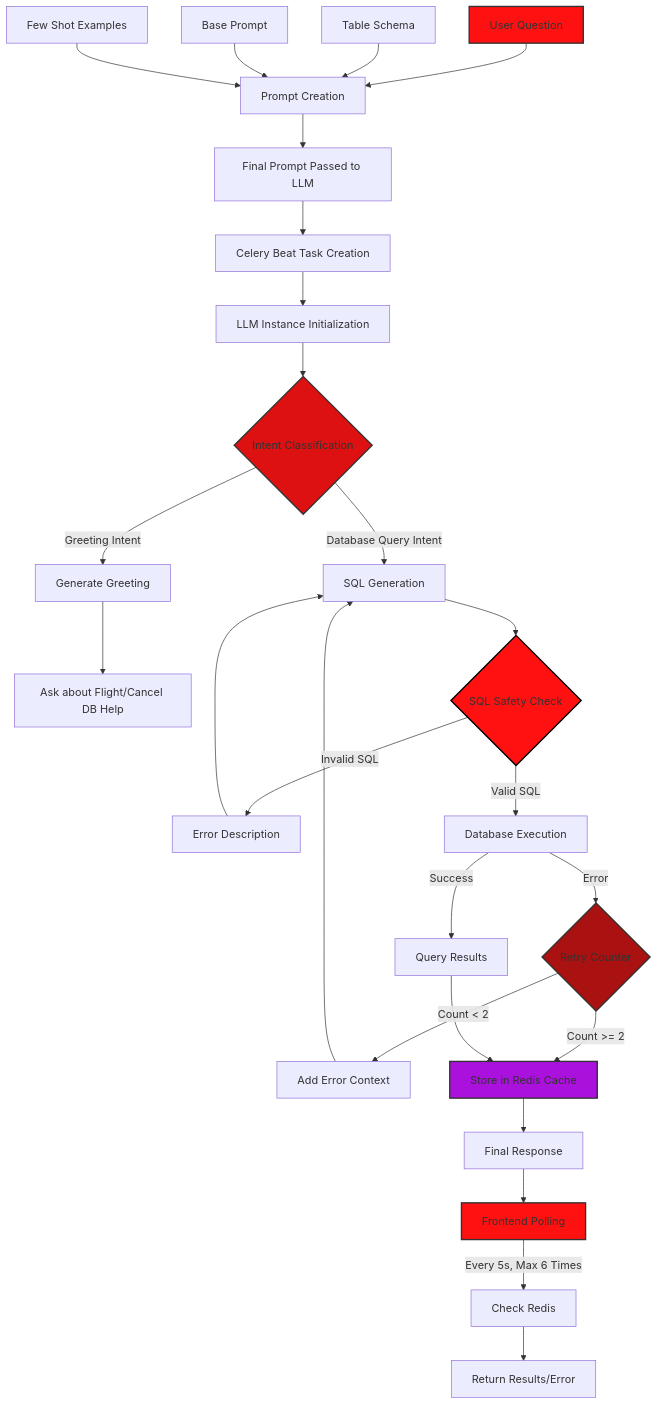
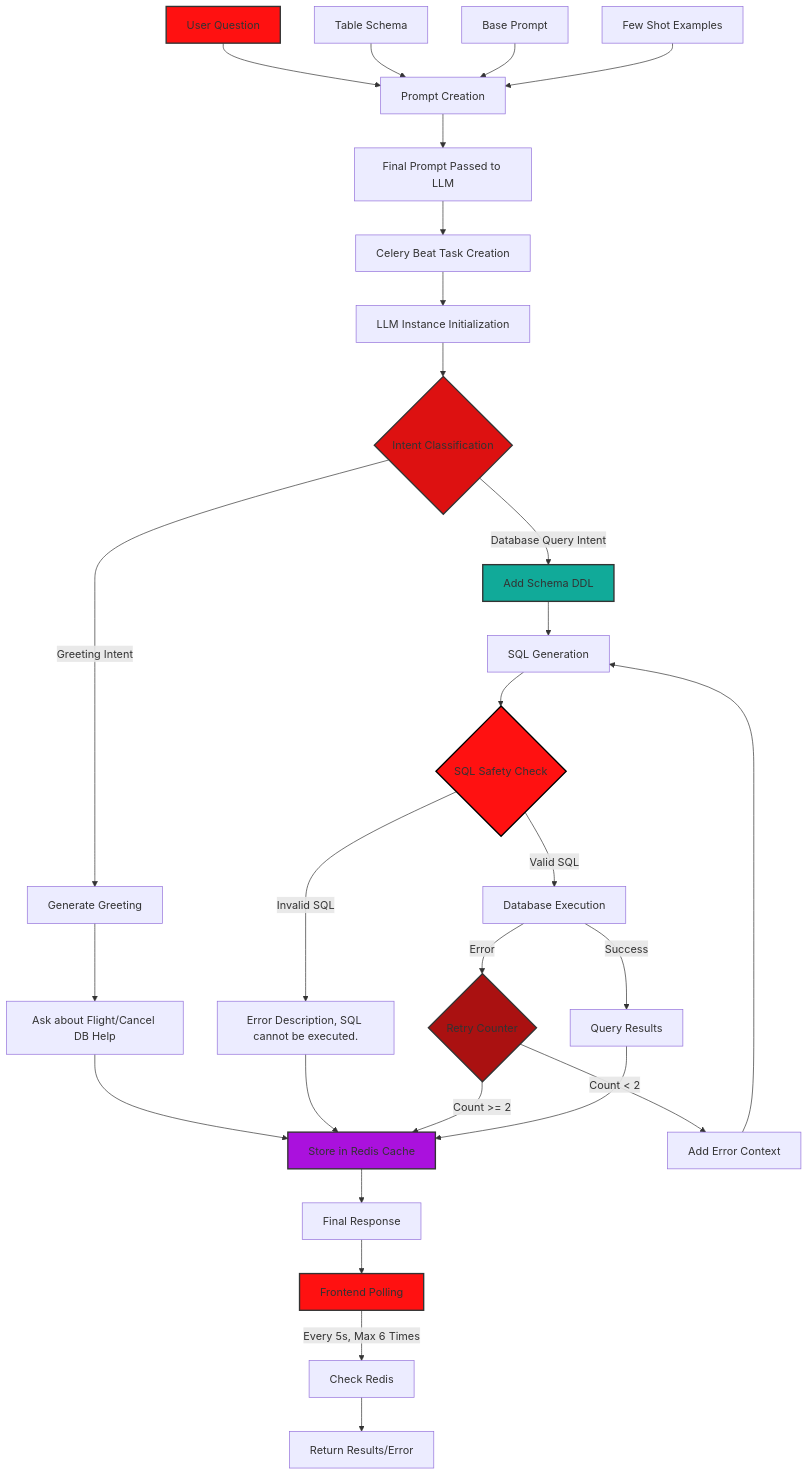
The diagram in README.md (prabigya-pathak108/AssignmentTask), drawn with Mermaid before and after one commit. The commit also changed 2 other files, not shown here.

Commit message:
Mermaid Updated

````diff
--- a/README.md
+++ b/README.md
@@ -15,43 +15,46 @@
 ```mermaid
 graph TD
     A[User Question] --> B1[Prompt Creation]
     B2[Table Schema] --> B1
     B3[Base Prompt] --> B1
     B4[Few Shot Examples] --> B1
     
     B1 --> B5[Final Prompt Passed to LLM]
     B5 --> C[Celery Beat Task Creation]
     C --> D[LLM Instance Initialization]
     D --> E{Intent Classification}
     
     E -->|Greeting Intent| F[Generate Greeting]
     F --> G[Ask about Flight/Cancel DB Help]
+    G --> P[Store in Redis Cache]
     
-    E -->|Database Query Intent| H[SQL Generation]
+    E -->|Database Query Intent| N[Add Schema DDL]
+    N --> H[SQL Generation]
     H --> I{SQL Safety Check}
-    I -->|Invalid SQL| J[Error Description]
-    J --> H
+    I -->|Invalid SQL| J[Error Description, SQL cannot be executed.]
+    J --> P
     
     I -->|Valid SQL| K[Database Execution]
     K -->|Error| L{Retry Counter}
     L -->|Count < 2| M[Add Error Context]
     M --> H
     
-    L -->|Count >= 2| P[Store in Redis Cache]
+    L -->|Count >= 2| P
     
     K -->|Success| O[Query Results]
-    O --> P[Store in Redis Cache]
+    O --> P
     
     P --> Q[Final Response]
     
     Q --> R[Frontend Polling]
     R -->|Every 5s, Max 6 Times| S[Check Redis]
     S --> T[Return Results/Error]
     
     style A fill:#f11,stroke:#333,stroke-width:2px
     style E fill:#d11,stroke:#333,stroke-width:2px
+    style N fill:#1a9,stroke:#333,stroke-width:2px
     style I fill:#f11,stroke:#000,stroke-width:2px
     style L fill:#a11,stroke:#333,stroke-width:2px
     style P fill:#a1d,stroke:#333,stroke-width:2px
     style R fill:#f11,stroke:#333,stroke-width:2px
 ```
````
